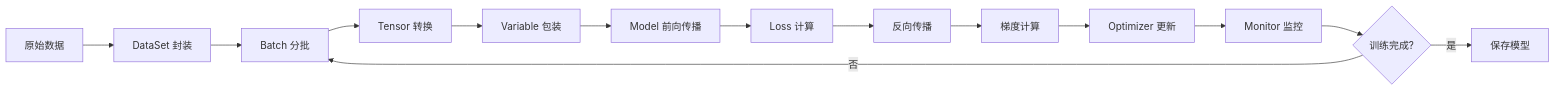
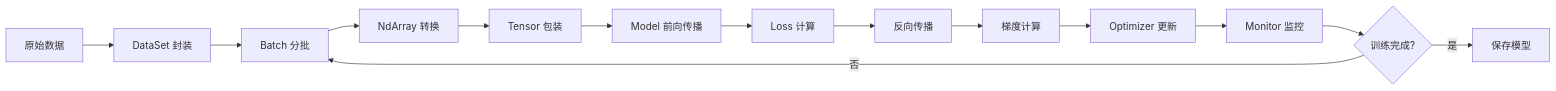
One commit to Leavesfly/tinyTorch changed the fifth of 7 diagrams in docs/方案.md. Above: the diagram before and after it, drawn with Mermaid. The commit also changed other lines of this file and 47 other files, not shown here.

````diff
--- a/docs/方案.md
+++ b/docs/方案.md
@@ -751,16 +751,16 @@
 ```mermaid
 flowchart LR
     A[原始数据] --> B[DataSet 封装]
     B --> C[Batch 分批]
-    C --> D[Tensor 转换]
-    D --> E[Variable 包装]
+    C --> D[NdArray 转换]
+    D --> E[Tensor 包装]
     E --> F[Model 前向传播]
     F --> G[Loss 计算]
     G --> H[反向传播]
     H --> I[梯度计算]
     I --> J[Optimizer 更新]
     J --> K[Monitor 监控]
     K --> L{训练完成?}
     L -->|否| C
     L -->|是| M[保存模型]
 ```
````
